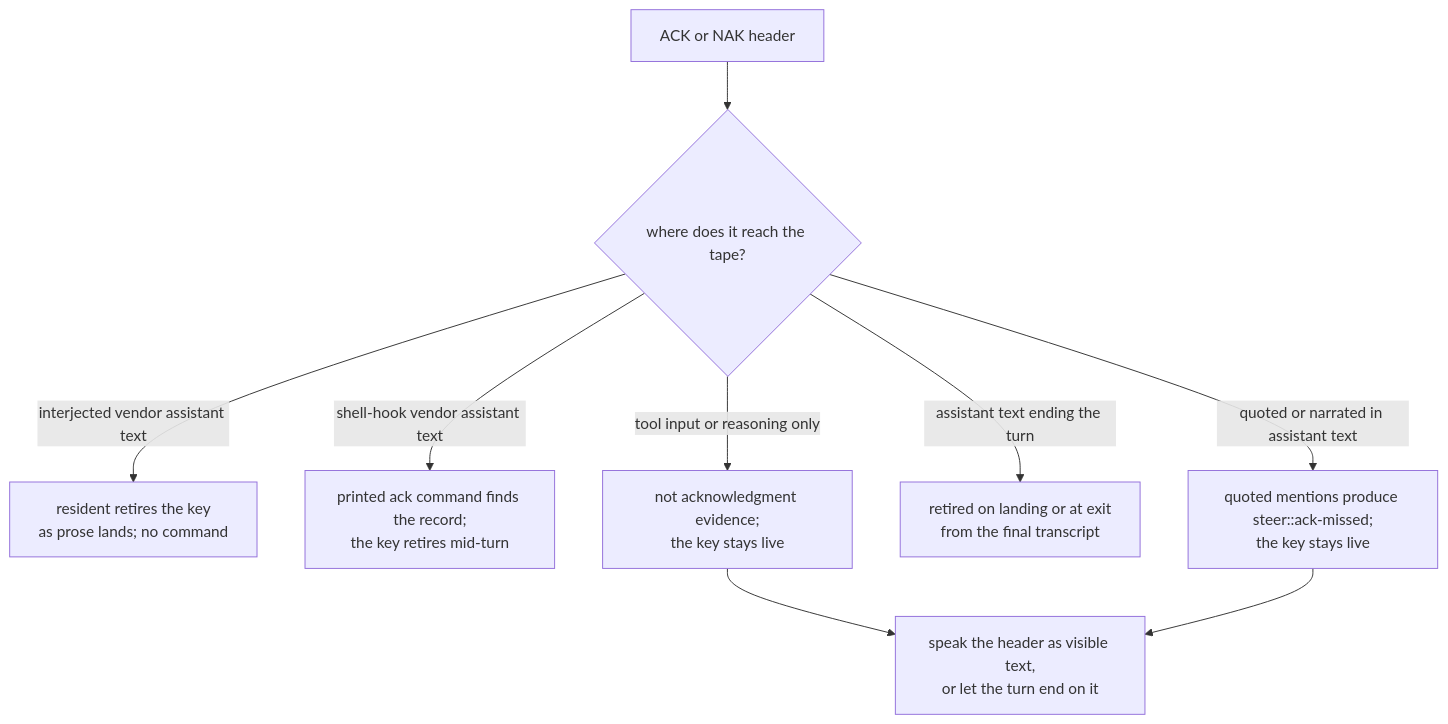
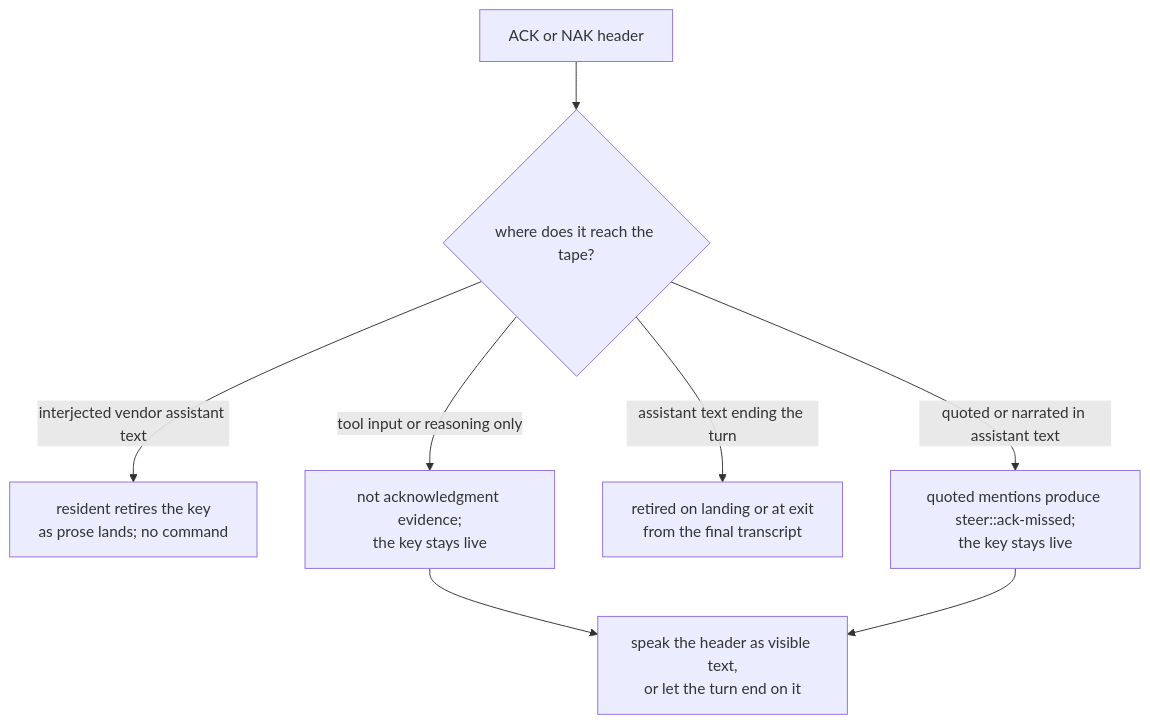
One commit to infimalabs/spice-rust changed the sixth of 8 diagrams in docs/product/planes/hooks.md. Above: the diagram before and after it, drawn with Mermaid. The commit also changed other lines of this file and 195 other files, not shown here.

````diff
--- a/docs/product/planes/hooks.md
+++ b/docs/product/planes/hooks.md
@@ -291,11 +247,10 @@
 ```mermaid
 flowchart TD
   H["ACK or NAK header"] --> W{"where does it reach the tape?"}
   W -- "interjected vendor assistant text" --> M["resident retires the key<br/>as prose lands; no command"]
-  W -- "shell-hook vendor assistant text" --> C["printed ack command finds the record;<br/>the key retires mid-turn"]
   W -- "tool input or reasoning only" --> A["not acknowledgment evidence;<br/>the key stays live"]
   W -- "assistant text ending the turn" --> X["retired on landing or at exit<br/>from the final transcript"]
   W -- "quoted or narrated in assistant text" --> Q["quoted mentions produce steer::ack-missed;<br/>the key stays live"]
   A --> N["speak the header as visible text,<br/>or let the turn end on it"]
   Q --> N
 ```
````
